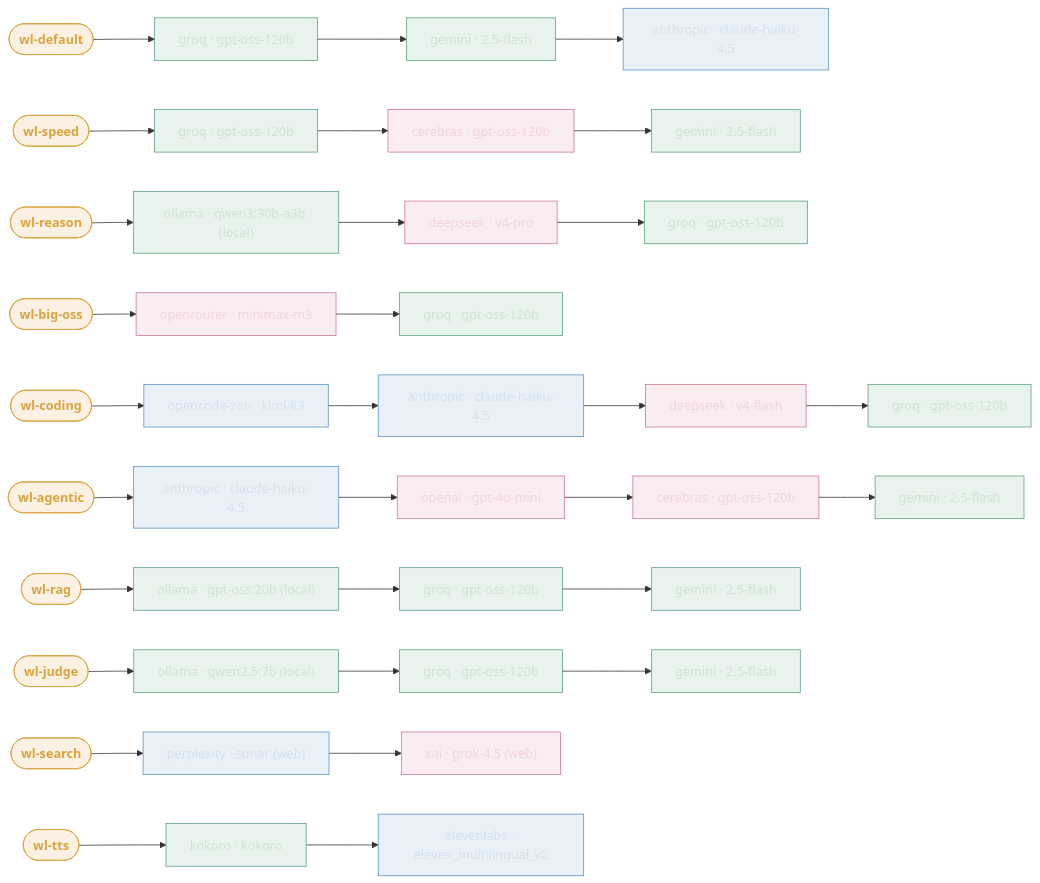
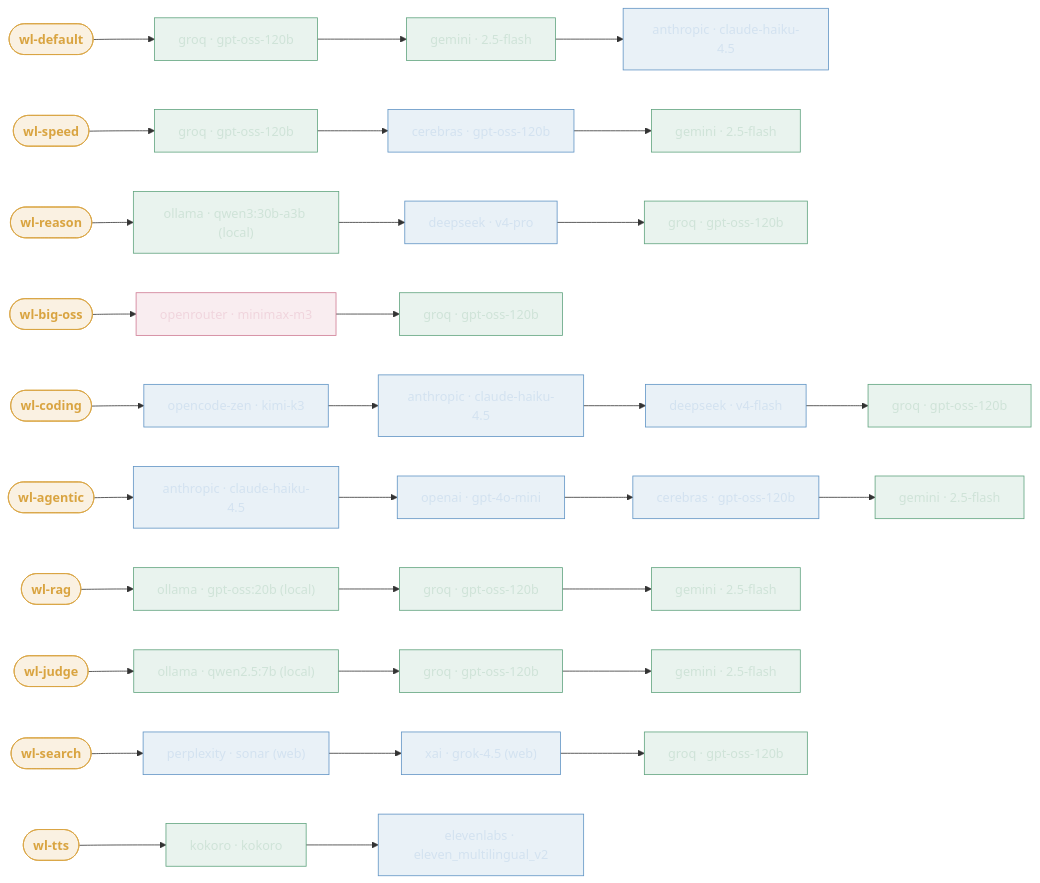
The diagram in docs/llm-routing.md (edtbl76/weyland-lab), drawn with Mermaid before and after one commit. The commit also changed other lines of this file and 8 other files, not shown here.

````diff
--- a/docs/llm-routing.md
+++ b/docs/llm-routing.md
@@ -19,25 +19,25 @@
 ```mermaid
 flowchart LR
   classDef alias fill:#d9a44126,stroke:#d9a441,color:#d9a441,font-weight:bold;
   classDef free fill:#5fa37e22,stroke:#5fa37e,color:#cfe3d8;
   classDef funded fill:#5f93c422,stroke:#5f93c4,color:#d3e2f0;
   classDef metered fill:#cf7a9222,stroke:#cf7a92,color:#f0d5dd;
 
   %% Chat & reasoning
   wldef(["wl-default"]):::alias --> wldef1["groq · gpt-oss-120b"]:::free --> wldef2["gemini · 2.5-flash"]:::free --> wldef3["anthropic · claude-haiku-4.5"]:::funded
-  wspd(["wl-speed"]):::alias --> wspd1["groq · gpt-oss-120b"]:::free --> wspd2["cerebras · gpt-oss-120b"]:::metered --> wspd3["gemini · 2.5-flash"]:::free
-  wrsn(["wl-reason"]):::alias --> wrsn1["ollama · qwen3:30b-a3b (local)"]:::free --> wrsn2["deepseek · v4-pro"]:::metered --> wrsn3["groq · gpt-oss-120b"]:::free
+  wspd(["wl-speed"]):::alias --> wspd1["groq · gpt-oss-120b"]:::free --> wspd2["cerebras · gpt-oss-120b"]:::funded --> wspd3["gemini · 2.5-flash"]:::free
+  wrsn(["wl-reason"]):::alias --> wrsn1["ollama · qwen3:30b-a3b (local)"]:::free --> wrsn2["deepseek · v4-pro"]:::funded --> wrsn3["groq · gpt-oss-120b"]:::free
   wbig(["wl-big-oss"]):::alias --> wbig1["openrouter · minimax-m3"]:::metered --> wbig2["groq · gpt-oss-120b"]:::free
 
   %% Code & agents
-  wcod(["wl-coding"]):::alias --> wcod1["opencode-zen · kimi-k3"]:::funded --> wcod2["anthropic · claude-haiku-4.5"]:::funded --> wcod3["deepseek · v4-flash"]:::metered --> wcod4["groq · gpt-oss-120b"]:::free
-  wagt(["wl-agentic"]):::alias --> wagt1["anthropic · claude-haiku-4.5"]:::funded --> wagt2["openai · gpt-4o-mini"]:::metered --> wagt3["cerebras · gpt-oss-120b"]:::metered --> wagt4["gemini · 2.5-flash"]:::free
+  wcod(["wl-coding"]):::alias --> wcod1["opencode-zen · kimi-k3"]:::funded --> wcod2["anthropic · claude-haiku-4.5"]:::funded --> wcod3["deepseek · v4-flash"]:::funded --> wcod4["groq · gpt-oss-120b"]:::free
+  wagt(["wl-agentic"]):::alias --> wagt1["anthropic · claude-haiku-4.5"]:::funded --> wagt2["openai · gpt-4o-mini"]:::funded --> wagt3["cerebras · gpt-oss-120b"]:::funded --> wagt4["gemini · 2.5-flash"]:::free
 
   %% Retrieval, eval, search
   wrag(["wl-rag"]):::alias --> wrag1["ollama · gpt-oss:20b (local)"]:::free --> wrag2["groq · gpt-oss-120b"]:::free --> wrag3["gemini · 2.5-flash"]:::free
   wjdg(["wl-judge"]):::alias --> wjdg1["ollama · qwen2.5:7b (local)"]:::free --> wjdg2["groq · gpt-oss-120b"]:::free --> wjdg3["gemini · 2.5-flash"]:::free
-  wsch(["wl-search"]):::alias --> wsch1["perplexity · sonar (web)"]:::funded --> wsch2["xai · grok-4.5 (web)"]:::metered
+  wsch(["wl-search"]):::alias --> wsch1["perplexity · sonar (web)"]:::funded --> wsch2["xai · grok-4.5 (web)"]:::funded --> wsch3["groq · gpt-oss-120b"]:::free
 
   %% Media — text-to-speech (audio_speech endpoint, not chat)
   wtts(["wl-tts"]):::alias --> wtts1["kokoro · kokoro"]:::free --> wtts2["elevenlabs · eleven_multilingual_v2"]:::funded
 ```
````
